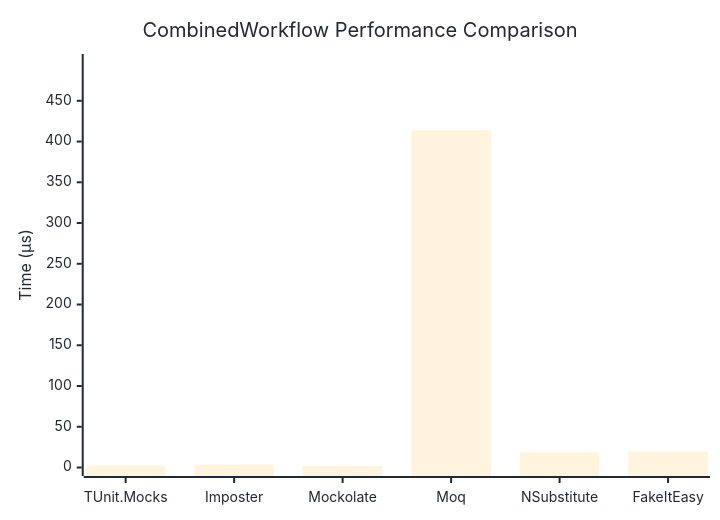
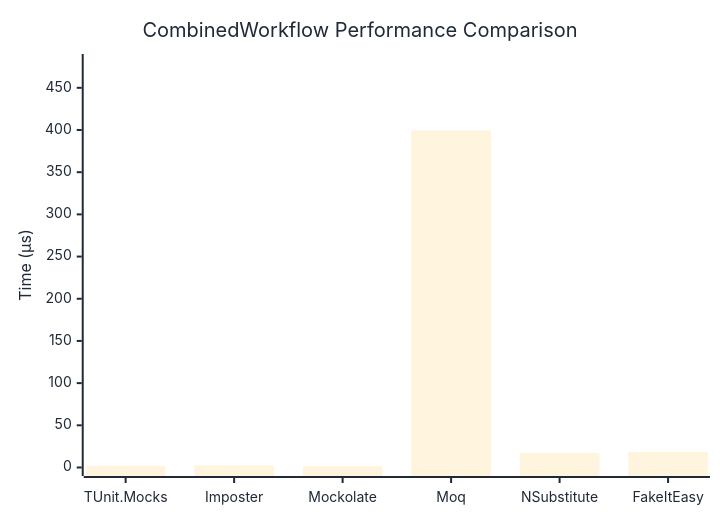
Before and after one commit to thomhurst/TUnit: the diagram in docs/docs/benchmarks/mocks/CombinedWorkflow.md, drawn with Mermaid. The commit also changed other lines of this file and 14 other files, not shown here.

````diff
--- a/docs/docs/benchmarks/mocks/CombinedWorkflow.md
+++ b/docs/docs/benchmarks/mocks/CombinedWorkflow.md
@@ -30,27 +30,27 @@
 ```mermaid
 %%{init: {
   'theme':'base',
   'themeVariables': {
     'primaryColor': '#2563eb',
     'primaryTextColor': '#1f2937',
     'primaryBorderColor': '#1e40af',
     'lineColor': '#6b7280',
     'secondaryColor': '#7c3aed',
     'tertiaryColor': '#dc2626',
     'background': '#ffffff',
     'pie1': '#2563eb',
     'pie2': '#7c3aed',
     'pie3': '#dc2626',
     'pie4': '#f59e0b',
     'pie5': '#10b981',
     'pie6': '#06b6d4',
     'pie7': '#ec4899',
     'pie8': '#6366f1'
   }
 }}%%
 xychart-beta
   title "CombinedWorkflow Performance Comparison"
   x-axis ["TUnit.Mocks", "Imposter", "Mockolate", "Moq", "NSubstitute", "FakeItEasy"]
-  y-axis "Time (μs)" 0 --> 497
-  bar [2.28, 3.473, 1.904, 413.778, 18.558, 19.748]
+  y-axis "Time (μs)" 0 --> 480
+  bar [1.893, 2.568, 1.597, 399.462, 17.112, 18.281]
 ```
````
